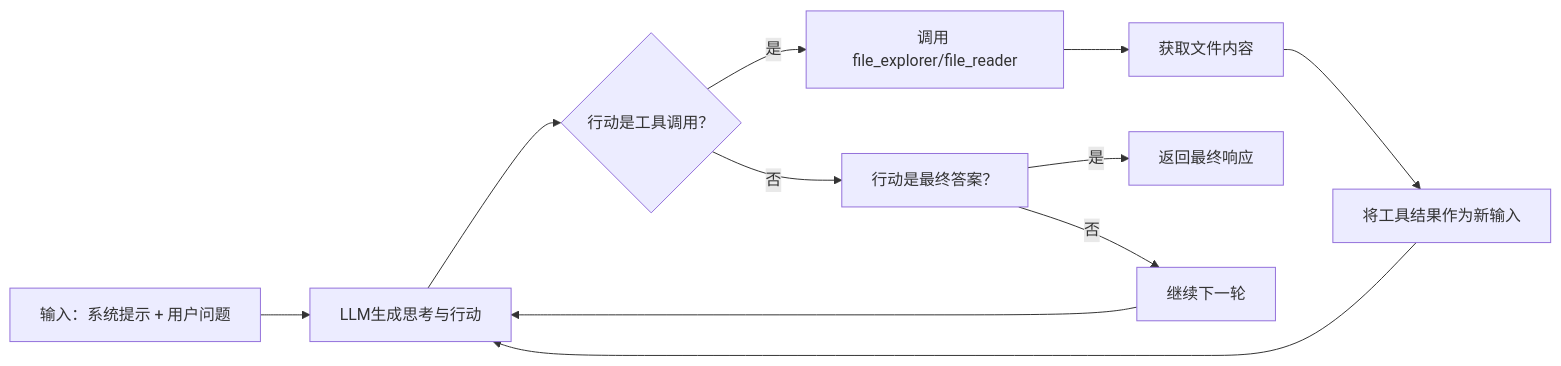
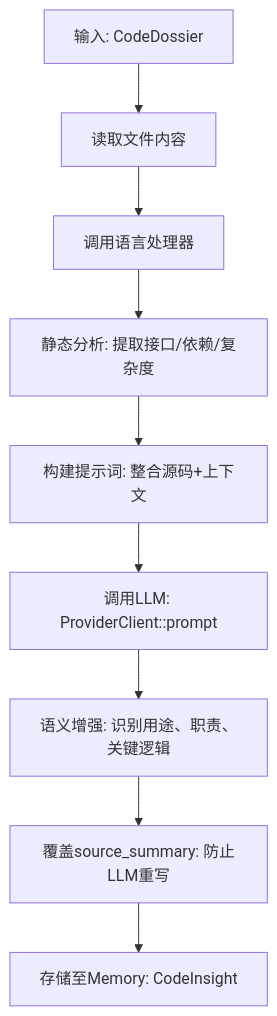
Before and after one commit to BigtoC/deepwiki-rs: the fourth of 5 diagrams in docs/3、工作流程.md, drawn with Mermaid. The commit also changed other lines of this file and 12 other files, not shown here.

````diff
--- a/docs/3、工作流程.md
+++ b/docs/3、工作流程.md
@@ -209,13 +222,11 @@
 ```mermaid
-graph LR
-    A[输入：系统提示 + 用户问题] --> B[LLM生成思考与行动]
-    B --> C{行动是工具调用？}
-    C -- 是 --> D[调用 file_explorer/file_reader]
-    D --> E[获取文件内容]
-    E --> F[将工具结果作为新输入]
-    F --> B
-    C -- 否 --> G[行动是最终答案？]
-    G -- 是 --> H[返回最终响应]
-    G -- 否 --> I[继续下一轮]
-    I --> B
+graph TD
+    A[输入: CodeDossier] --> B[读取文件内容]
+    B --> C[调用语言处理器]
+    C --> D[静态分析: 提取接口/依赖/复杂度]
+    D --> E[构建提示词: 整合源码+上下文]
+    E --> F[调用LLM: ProviderClient::prompt]
+    F --> G[语义增强: 识别用途、职责、关键逻辑]
+    G --> H[覆盖source_summary: 防止LLM重写]
+    H --> I[存储至Memory: CodeInsight]
 ```
````
